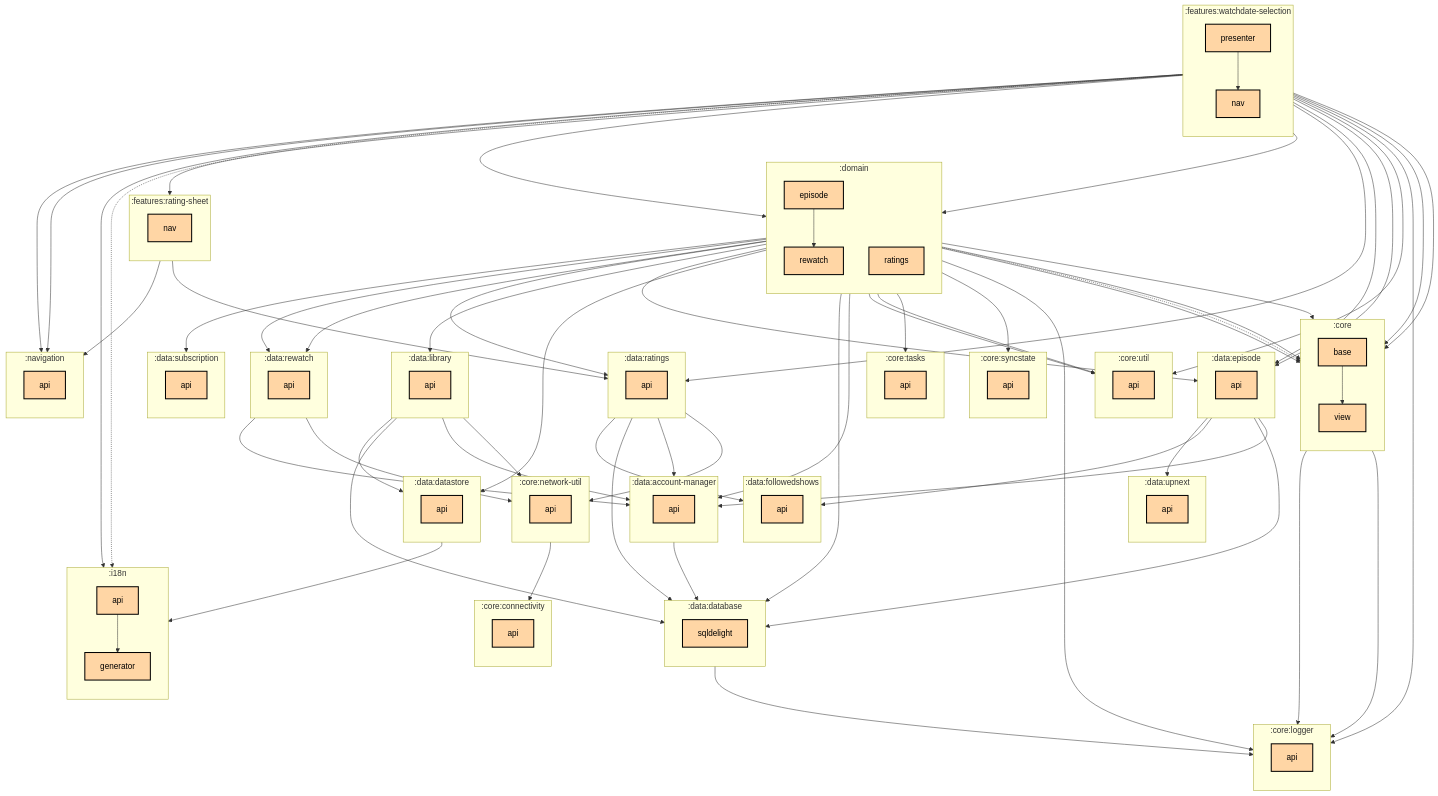
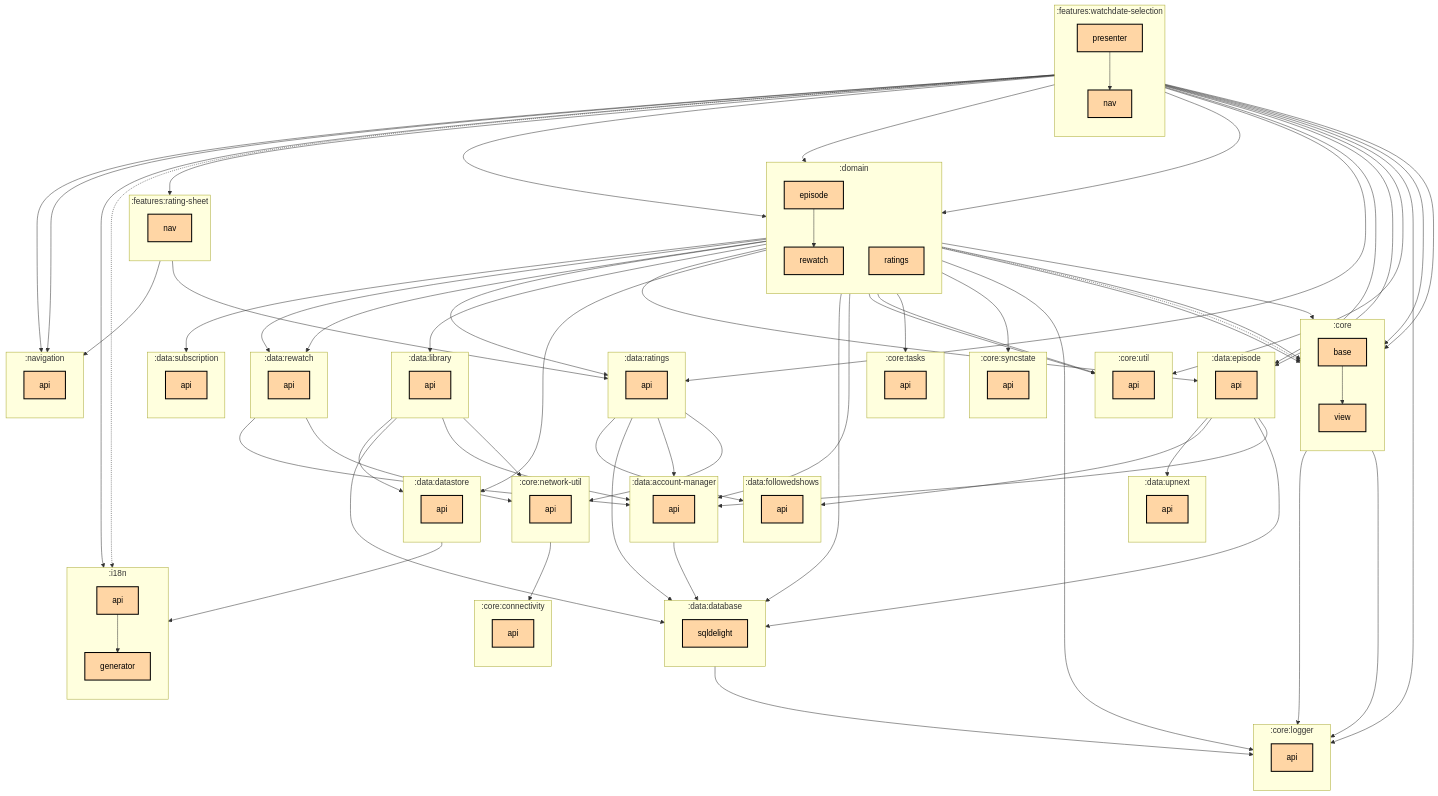
The first of 2 diagrams in features/watchdate-selection/presenter/README.md (thomaskioko/tv-maniac), drawn with Mermaid before and after one commit. The commit also changed 15 other files, not shown here.

Commit message:
Update graph dependencies

```diff
--- a/features/watchdate-selection/presenter/README.md
+++ b/features/watchdate-selection/presenter/README.md
@@ -151,6 +151,7 @@
   :features:watchdate-selection:presenter --> :data:ratings:api
   :features:watchdate-selection:presenter --> :domain:episode
   :features:watchdate-selection:presenter --> :domain:ratings
+  :features:watchdate-selection:presenter --> :domain:rewatch
   :features:watchdate-selection:presenter --> :features:rating-sheet:nav
   :features:watchdate-selection:presenter --> :features:watchdate-selection:nav
   :features:watchdate-selection:presenter --> :i18n:api
```
